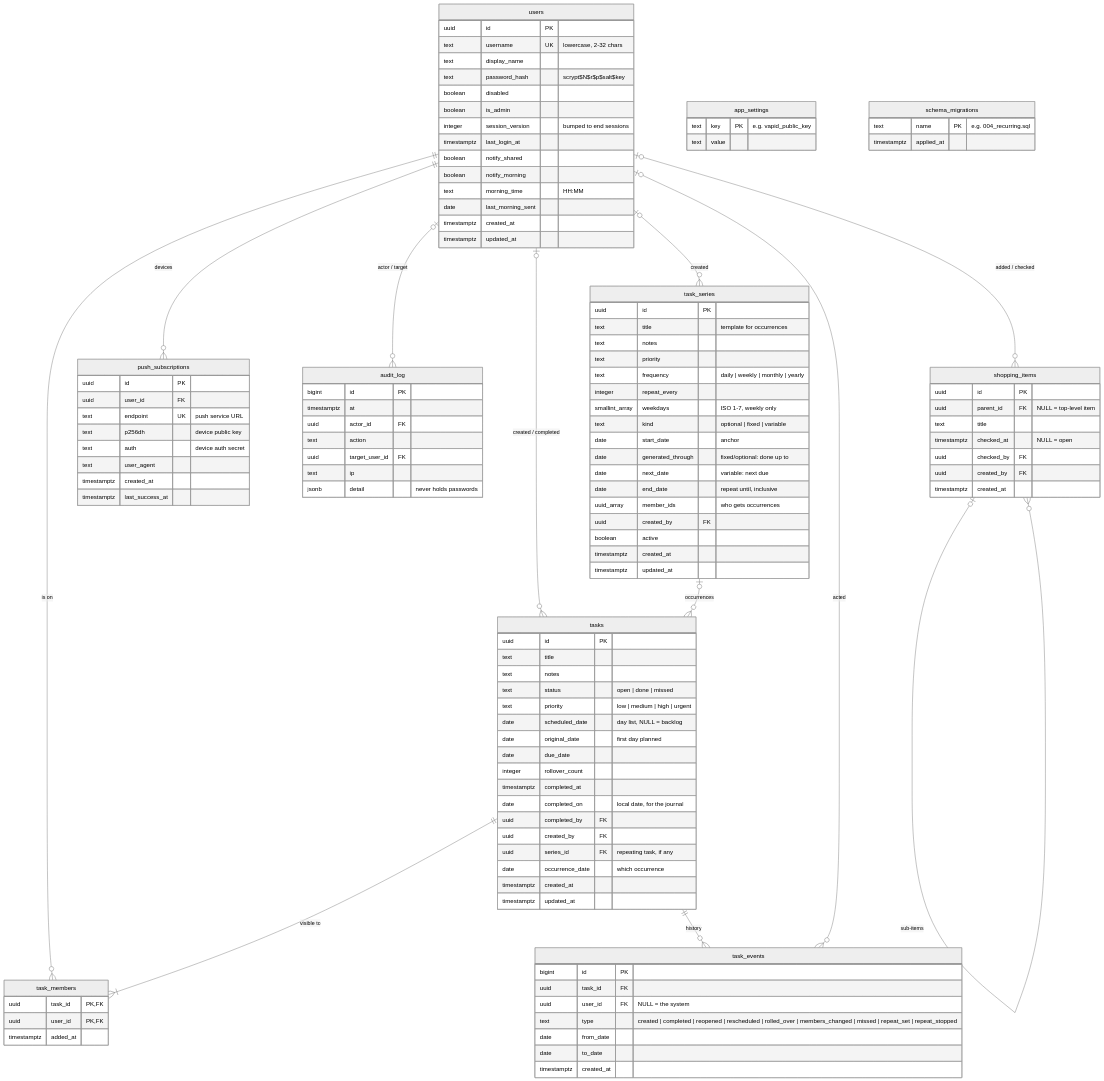
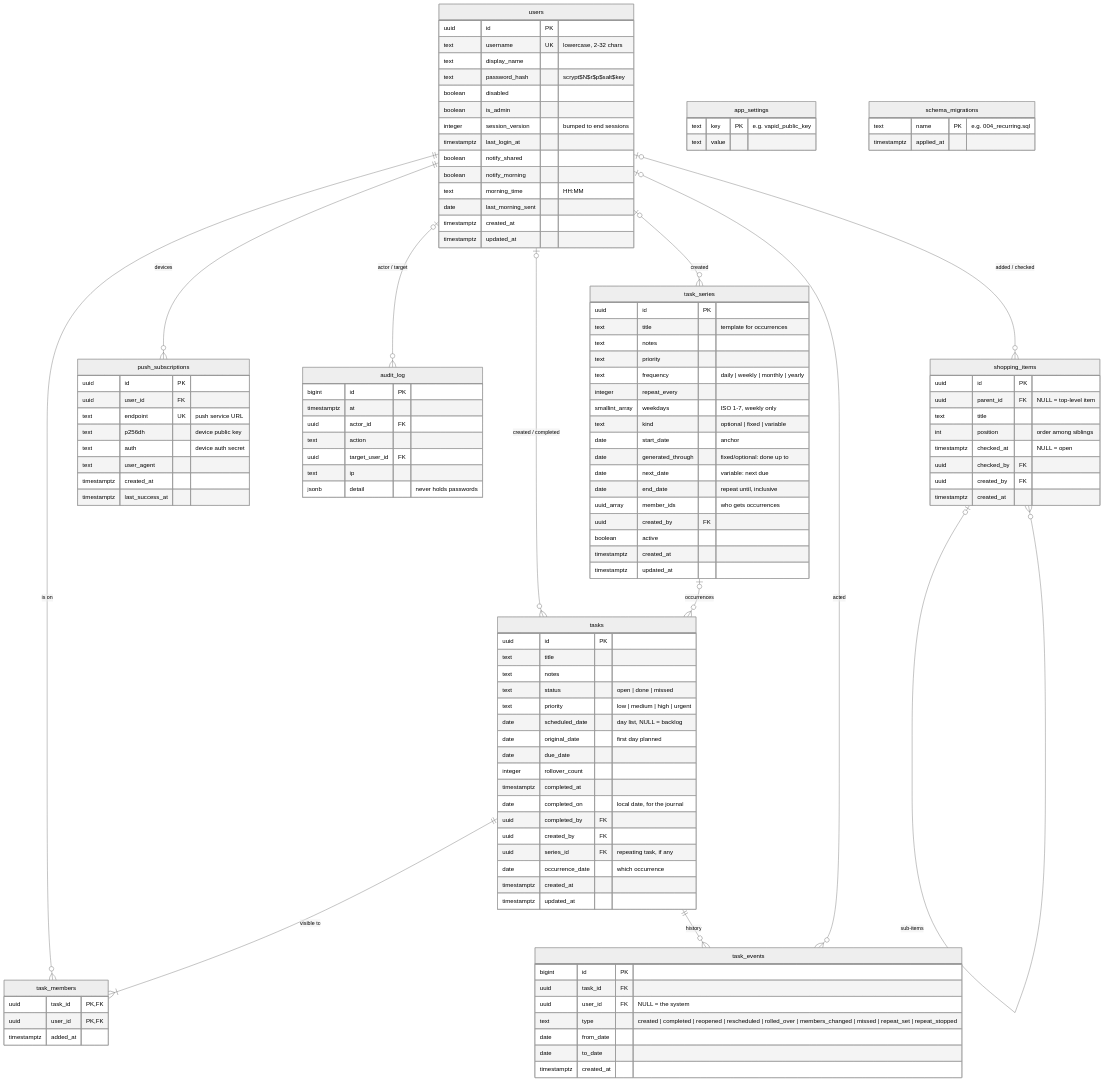
Before and after one commit to jaaseru/questlog: the diagram in docs/data-model.md, drawn with Mermaid (neutral theme). The commit also changed other lines of this file and 12 other files, not shown here.

```diff
--- a/docs/data-model.md
+++ b/docs/data-model.md
@@ -116,6 +116,7 @@
     uuid id PK
     uuid parent_id FK "NULL = top-level item"
     text title
+    int position "order among siblings"
     timestamptz checked_at "NULL = open"
     uuid checked_by FK
     uuid created_by FK
```
